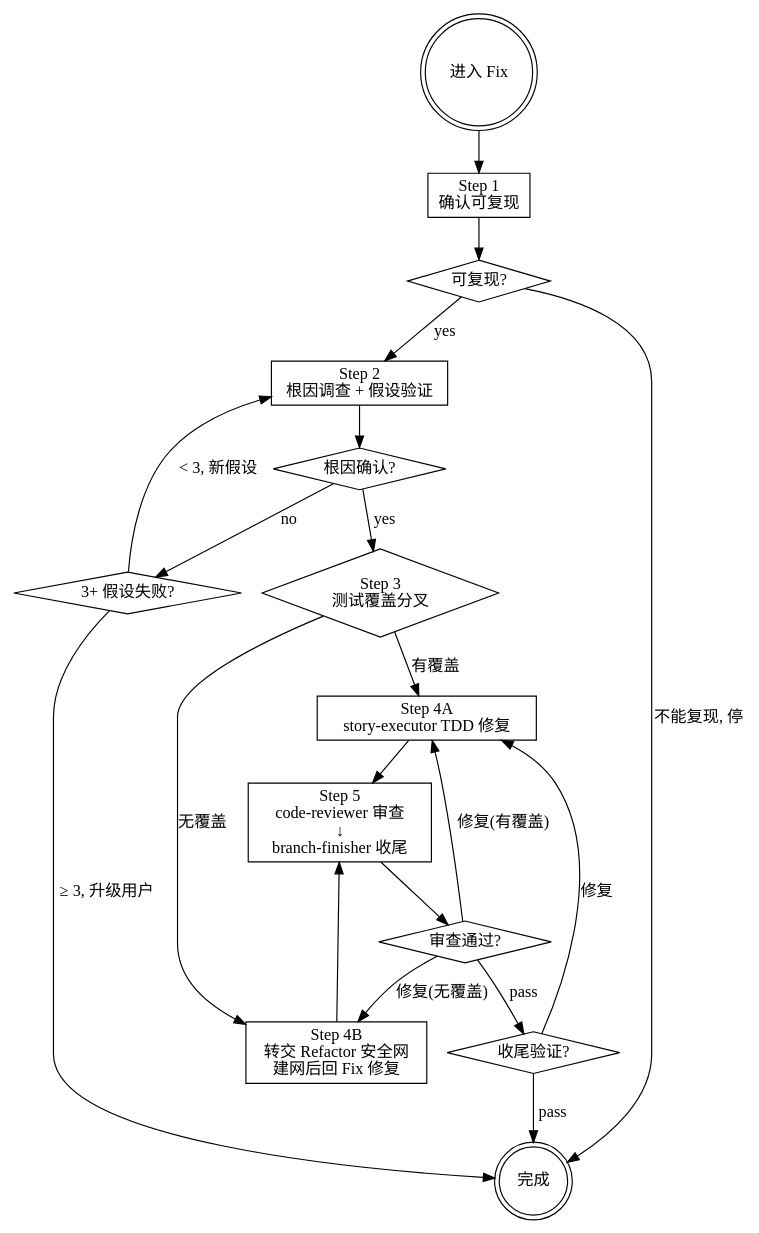
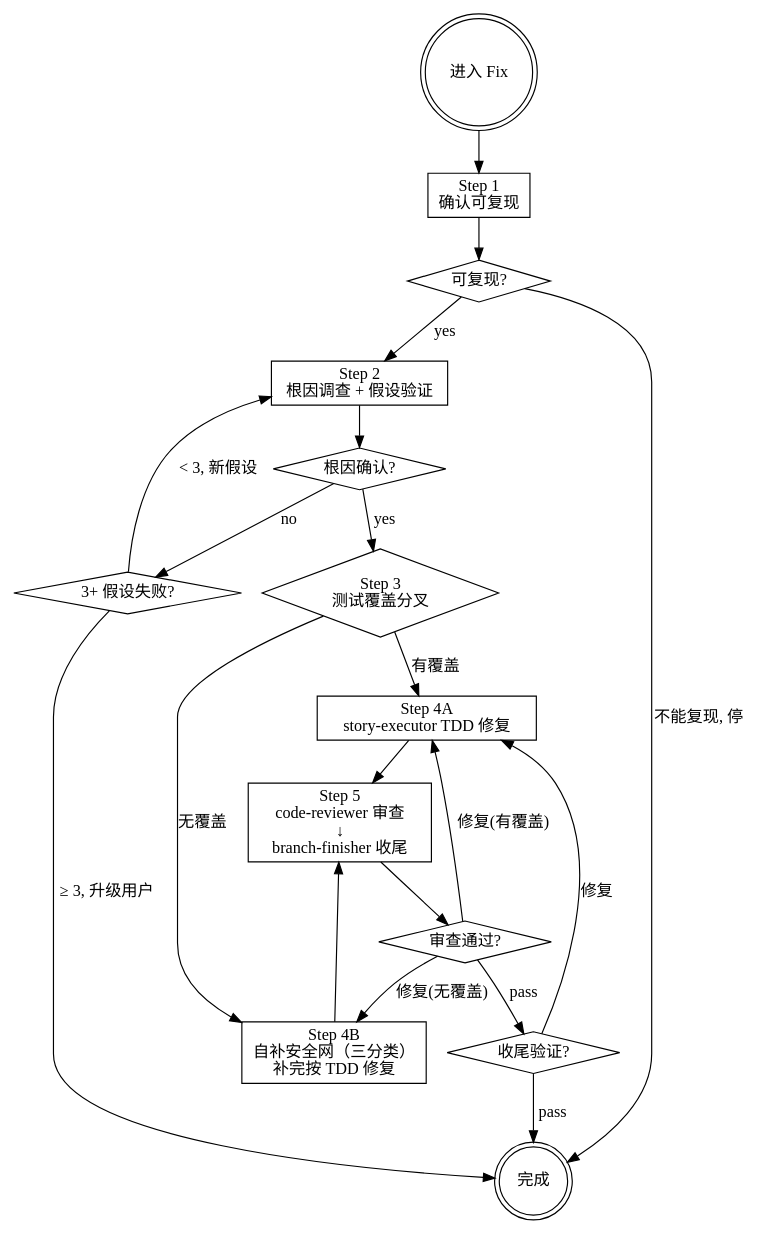
Before and after one commit to hsiang-lee/my_opencode: the diagram in agents/Fix.md, drawn with Graphviz. The commit also changed other lines of this file and 4 other files, not shown here.

````diff
--- a/agents/Fix.md
+++ b/agents/Fix.md
@@ -61,39 +70,39 @@
 ```dot
 digraph fix_flow {
     rankdir=TB;
     start [label="进入 Fix", shape=doublecircle];
     step1 [label="Step 1\n确认可复现", shape=box];
     step2 [label="Step 2\n根因调查 + 假设验证", shape=box];
     step3 [label="Step 3\n测试覆盖分叉", shape=diamond];
     fixA [label="Step 4A\nstory-executor TDD 修复", shape=box];
-    fixB [label="Step 4B\n转交 Refactor 安全网\n建网后回 Fix 修复", shape=box];
+    fixB [label="Step 4B\n自补安全网（三分类）\n补完按 TDD 修复", shape=box];
     step5 [label="Step 5\ncode-reviewer 审查\n↓\nbranch-finisher 收尾", shape=box];
 
     gate1 [label="可复现?", shape=diamond];
     gate2 [label="根因确认?", shape=diamond];
     gate2_fail [label="3+ 假设失败?", shape=diamond];
     gate5a [label="审查通过?", shape=diamond];
     gate5b [label="收尾验证?", shape=diamond];
     done [label="完成", shape=doublecircle];
 
     start -> step1;
     step1 -> gate1;
     gate1 -> step2 [label="yes"];
     gate1 -> done [label="不能复现, 停"];
     step2 -> gate2;
     gate2 -> step3 [label="yes"];
     gate2 -> gate2_fail [label="no"];
     gate2_fail -> step2 [label="< 3, 新假设"];
     gate2_fail -> done [label="≥ 3, 升级用户"];
     step3 -> fixA [label="有覆盖"];
     step3 -> fixB [label="无覆盖"];
     fixA -> step5;
     fixB -> step5;
     step5 -> gate5a;
     gate5a -> fixA [label="修复(有覆盖)"];
     gate5a -> fixB [label="修复(无覆盖)"];
     gate5a -> gate5b [label="pass"];
     gate5b -> fixA [label="修复"];
     gate5b -> done [label="pass"];
 }
 ```
````
